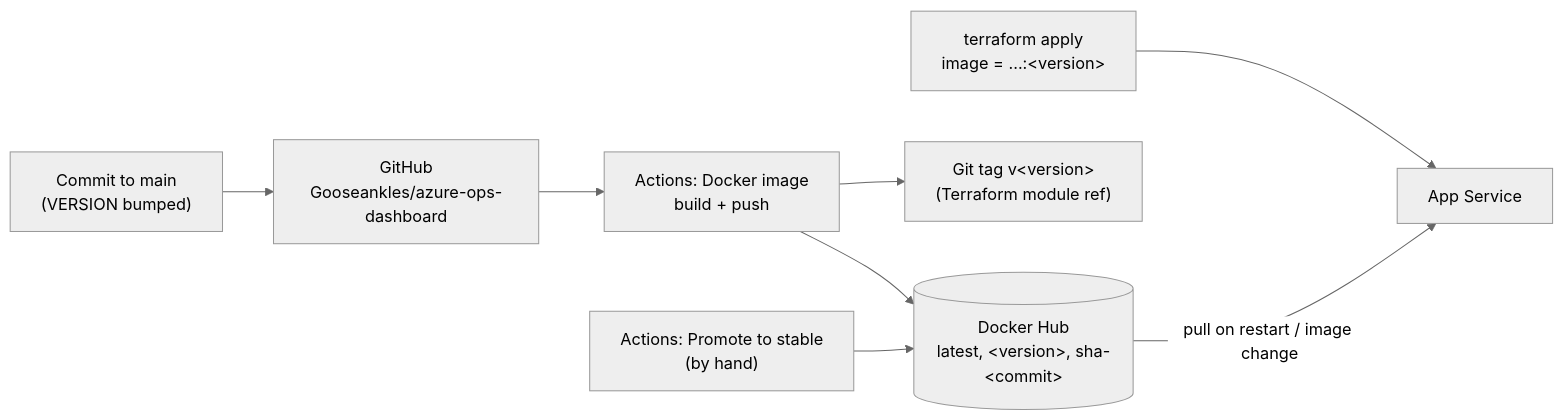
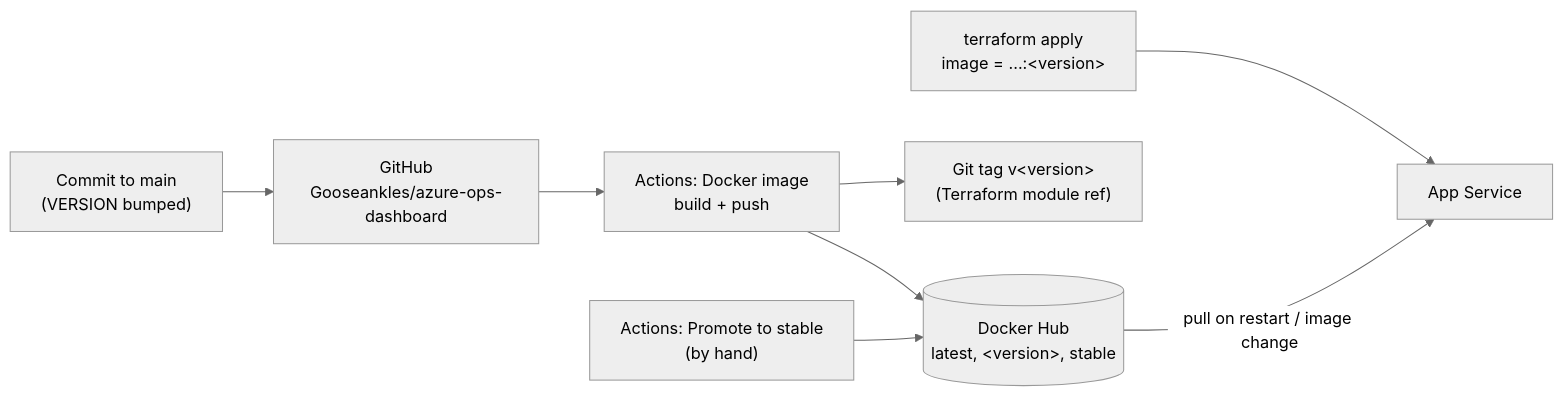
One commit to Gooseankles/cirrus-watch changed the eighth of 10 diagrams in docs/architecture.md. Above: the diagram before and after it, drawn with Mermaid (neutral theme). The commit also changed 4 other files, not shown here.

Commit message:
Stop the sha-<commit> image tags; manual workflow removes the old ones from Docker Hub

````diff
--- a/docs/architecture.md
+++ b/docs/architecture.md
@@ -302,10 +302,10 @@
 ```mermaid
 flowchart LR
   dev["Commit to main<br/>(VERSION bumped)"] --> gh["GitHub<br/>Gooseankles/azure-ops-dashboard"]
   gh --> ci["Actions: Docker image<br/>build + push"]
-  ci --> hub[("Docker Hub<br/>latest, &lt;version&gt;, sha-&lt;commit&gt;")]
+  ci --> hub[("Docker Hub<br/>latest, &lt;version&gt;, stable")]
   ci --> tag["Git tag v&lt;version&gt;<br/>(Terraform module ref)"]
   promote["Actions: Promote to stable<br/>(by hand)"] --> hub
   tfrun["terraform apply<br/>image = ...:&lt;version&gt;"] --> web["App Service"]
   hub -- "pull on restart / image change" --> web
 ```
````
